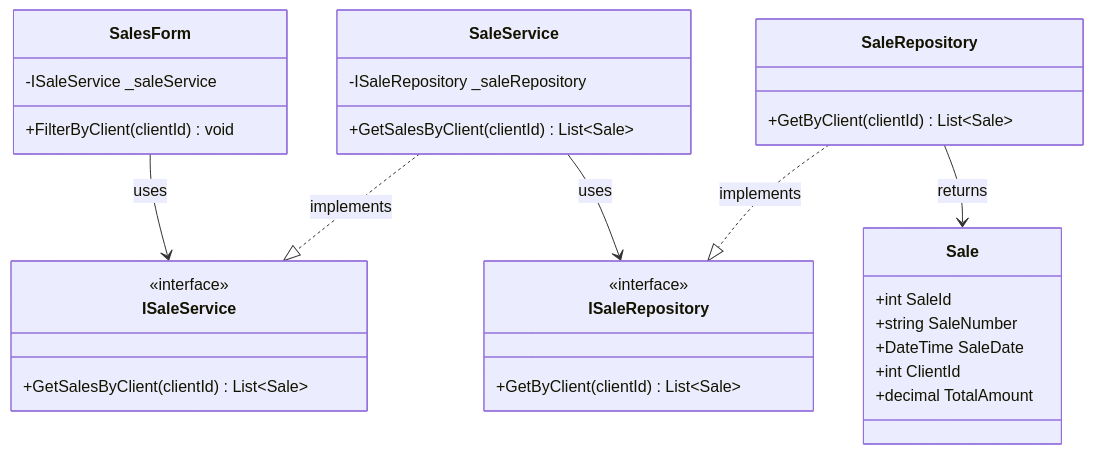
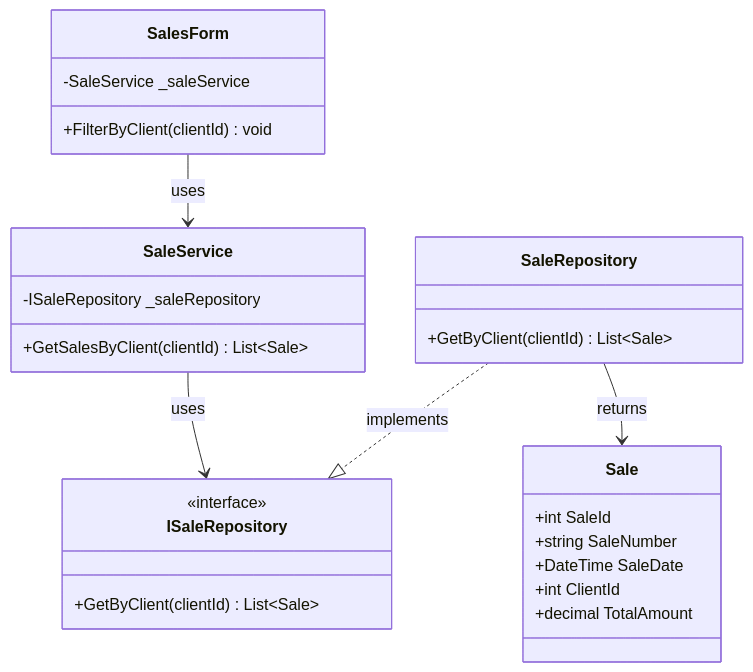
Before and after one commit to nahuk86/tp_diploma_nk_2026: diagram 15 of 24 in Documentation/UML_Diagrams/15_Sales_UseCases.md, drawn with Mermaid. The commit also changed other lines of this file and 5 other files, not shown here.

First line of the commit message:
Fix UML documentation: remove non-existent BLL service interfaces

````diff
--- a/Documentation/UML_Diagrams/15_Sales_UseCases.md
+++ b/Documentation/UML_Diagrams/15_Sales_UseCases.md
@@ -616,40 +570,35 @@
 ```mermaid
 classDiagram
     class SalesForm {
-        -ISaleService _saleService
+        -SaleService _saleService
         +FilterByClient(clientId) void
     }
 
-    class ISaleService {
-        <<interface>>
-        +GetSalesByClient(clientId) List~Sale~
-    }
 
     class SaleService {
         -ISaleRepository _saleRepository
         +GetSalesByClient(clientId) List~Sale~
     }
 
     class ISaleRepository {
         <<interface>>
         +GetByClient(clientId) List~Sale~
     }
 
     class SaleRepository {
         +GetByClient(clientId) List~Sale~
     }
 
     class Sale {
         +int SaleId
         +string SaleNumber
         +DateTime SaleDate
         +int ClientId
         +decimal TotalAmount
     }
 
-    SalesForm --> ISaleService : uses
-    SaleService ..|> ISaleService : implements
+    SalesForm --> SaleService : uses
     SaleService --> ISaleRepository : uses
     SaleRepository ..|> ISaleRepository : implements
     SaleRepository --> Sale : returns
 ```
````
